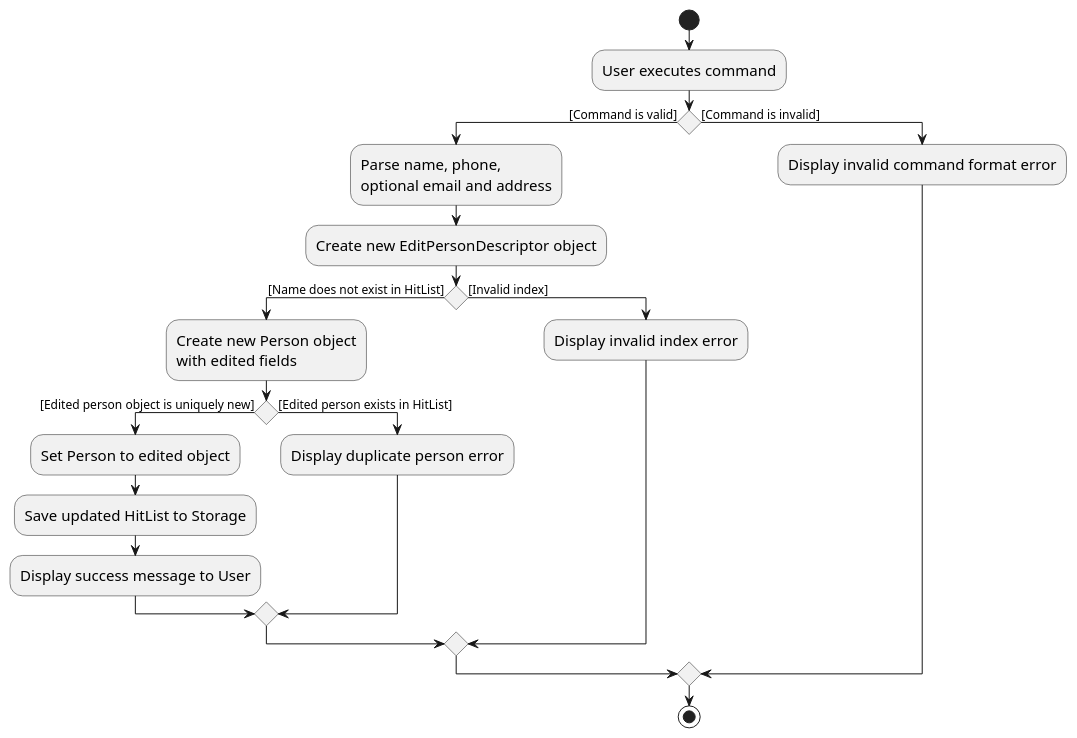
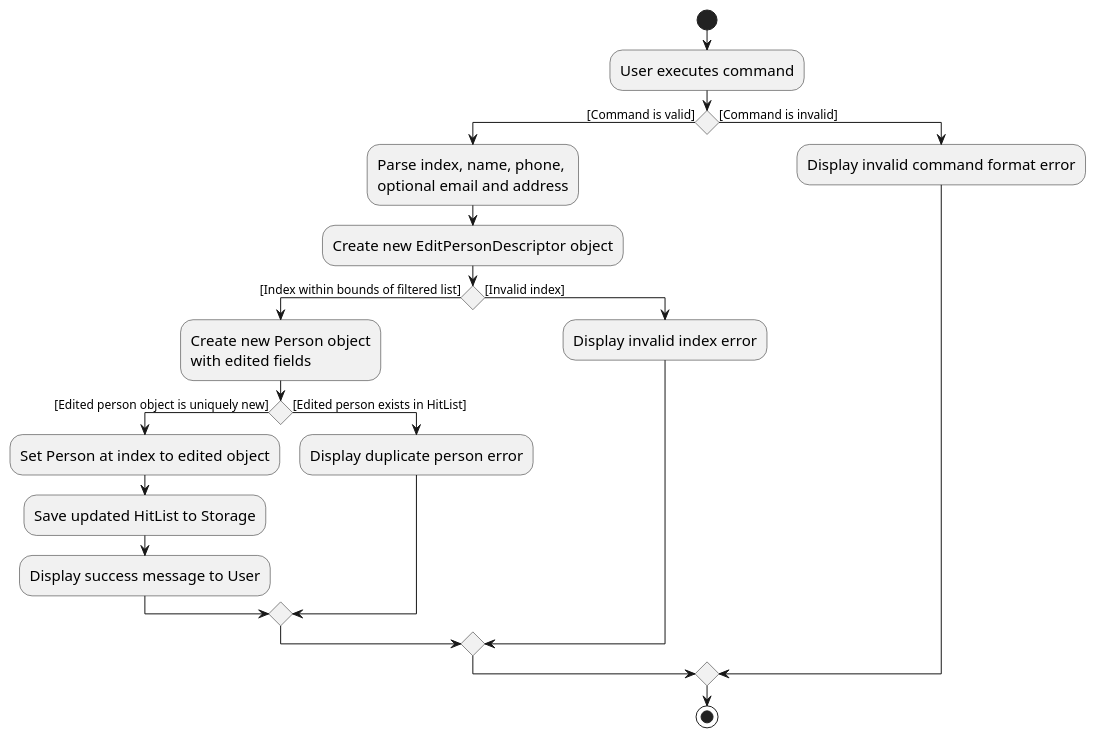
Before and after one commit to AY2526S2-CS2103T-W11-2/tp: the diagram in diagrams/edit-person/PersonEditActivityDiagram.puml, drawn with PlantUML. The commit also changed 25 other files, not shown here.

```diff
--- a/diagrams/edit-person/PersonEditActivityDiagram.puml
+++ b/diagrams/edit-person/PersonEditActivityDiagram.puml
@@ -1,28 +1,28 @@
 @startuml
 skinparam ActivityFontSize 15
 skinparam ArrowFontSize 12
 
 start
 :User executes command;
 
 if () then ([Command is valid])
-  :Parse name, phone,\noptional email and address;
+  :Parse index, name, phone,\noptional email and address;
   :Create new EditPersonDescriptor object;
-  if () then ([Name does not exist in HitList])
+  if () then ([Index within bounds of filtered list])
     :Create new Person object\nwith edited fields;
     if () then ([Edited person object is uniquely new])
-      :Set Person to edited object;
+      :Set Person at index to edited object;
       :Save updated HitList to Storage;
       :Display success message to User;
     else ([Edited person exists in HitList])
       :Display duplicate person error;
     endif
   else ([Invalid index])
     :Display invalid index error;
   endif
 else ([Command is invalid])
   :Display invalid command format error;
 endif
 
 stop
 @enduml
```
